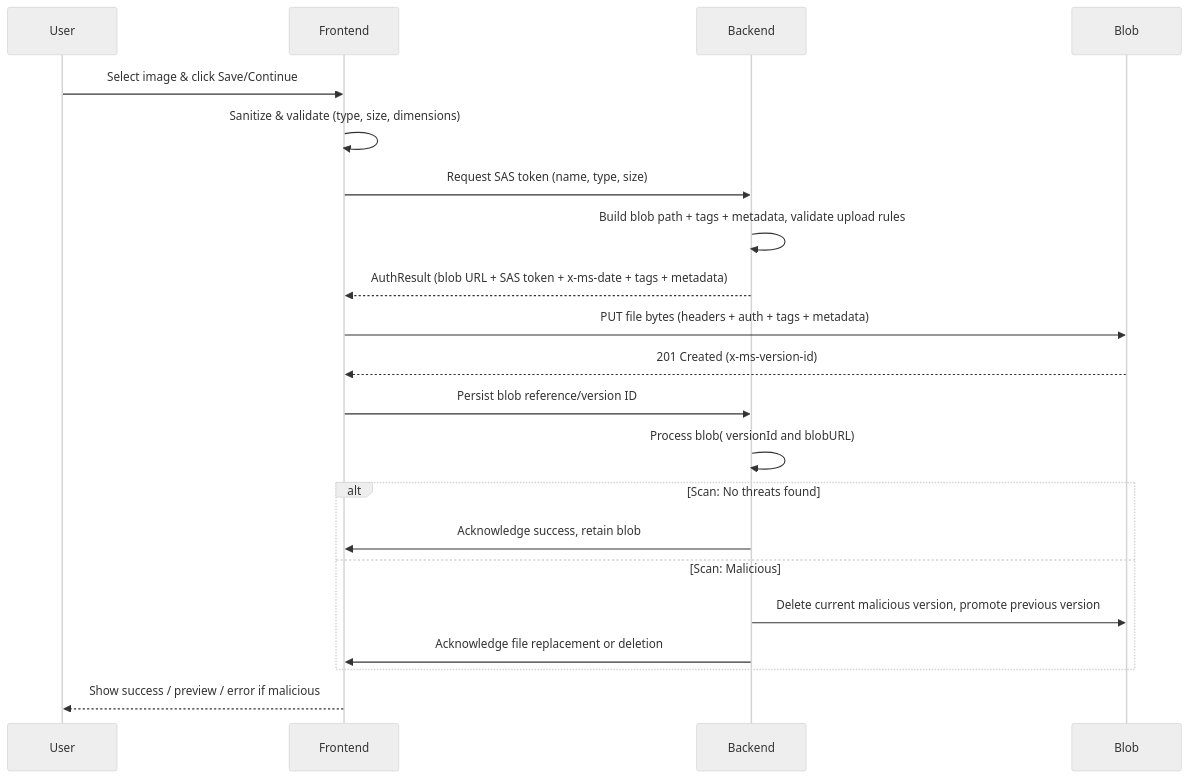
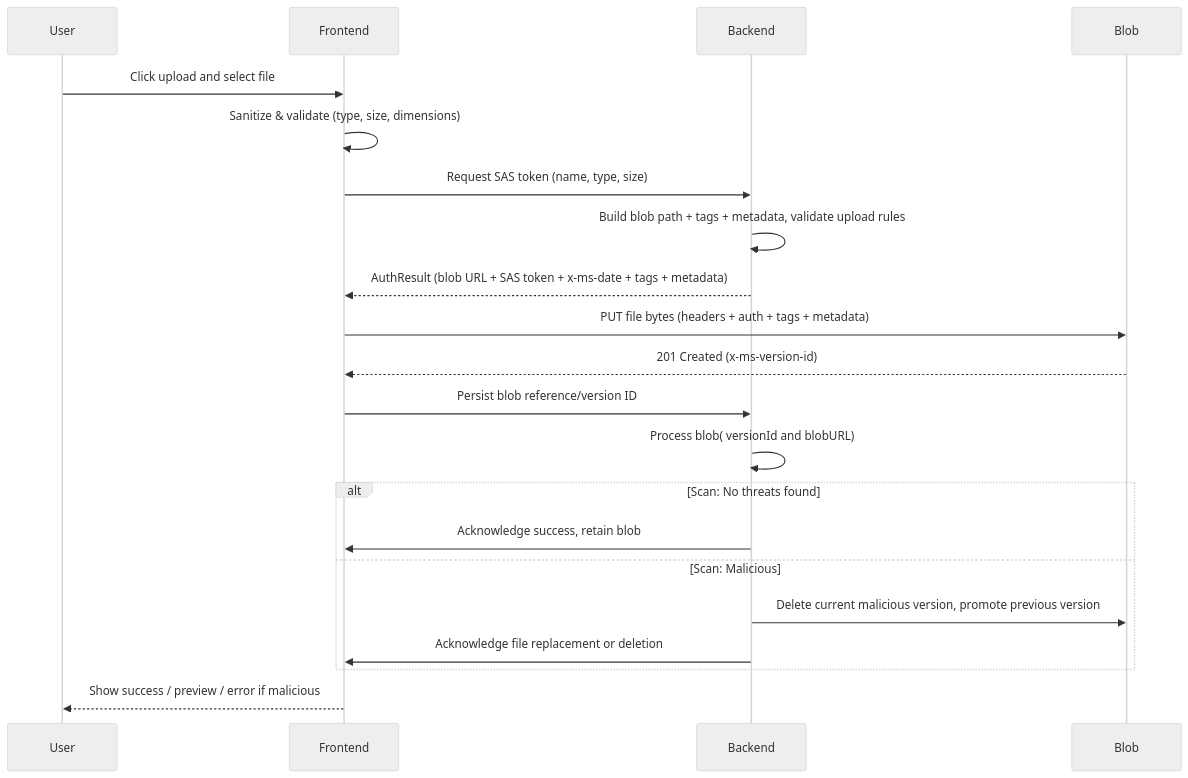
One commit to simnova/sharethrift changed the diagram in apps/docs/docs/decisions/0019-existing-azure-upload.md. Above: the diagram before and after it, drawn with Mermaid (neutral theme).

Commit message:
Refine user interaction description in Azure Upload decision document for clarity

````diff
--- a/apps/docs/docs/decisions/0019-existing-azure-upload.md
+++ b/apps/docs/docs/decisions/0019-existing-azure-upload.md
@@ -65,24 +65,24 @@
 ```mermaid
 sequenceDiagram
 participant User
 participant Frontend
 participant Backend
 participant Blob
 
-User->>Frontend: Select image & click Save/Continue
+User->>Frontend: Click upload and select file
 Frontend->>Frontend: Sanitize & validate (type, size, dimensions)
 Frontend->>Backend: Request SAS token (name, type, size)
 Backend->>Backend: Build blob path + tags + metadata, validate upload rules
 Backend-->>Frontend: AuthResult (blob URL + SAS token + x-ms-date + tags + metadata)
 Frontend->>Blob: PUT file bytes (headers + auth + tags + metadata)
 Blob-->>Frontend: 201 Created (x-ms-version-id)
 Frontend->>Backend: Persist blob reference/version ID
 Backend->>Backend: Process blob( versionId and blobURL)
 alt Scan: No threats found
     Backend->>Frontend: Acknowledge success, retain blob
 else Scan: Malicious
     Backend->>Blob: Delete current malicious version, promote previous version
     Backend->>Frontend: Acknowledge file replacement or deletion
 end
 Frontend-->>User: Show success / preview / error if malicious
 ```
````
